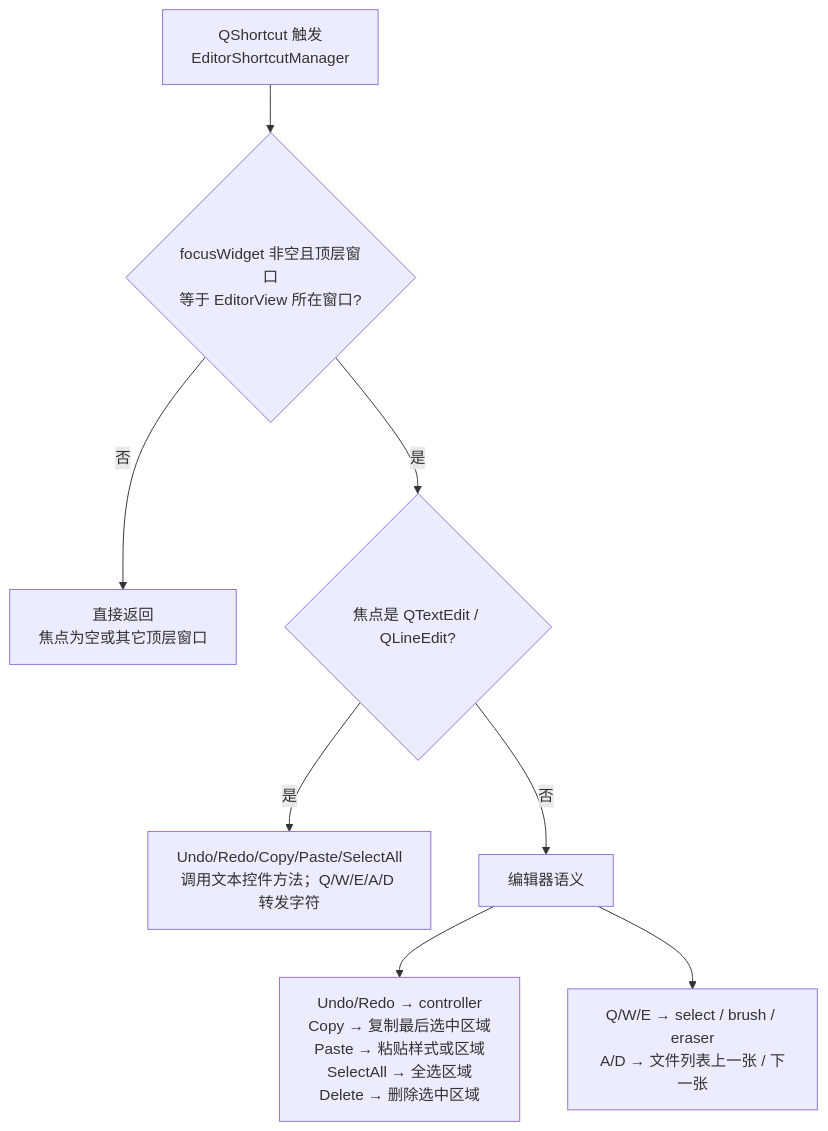
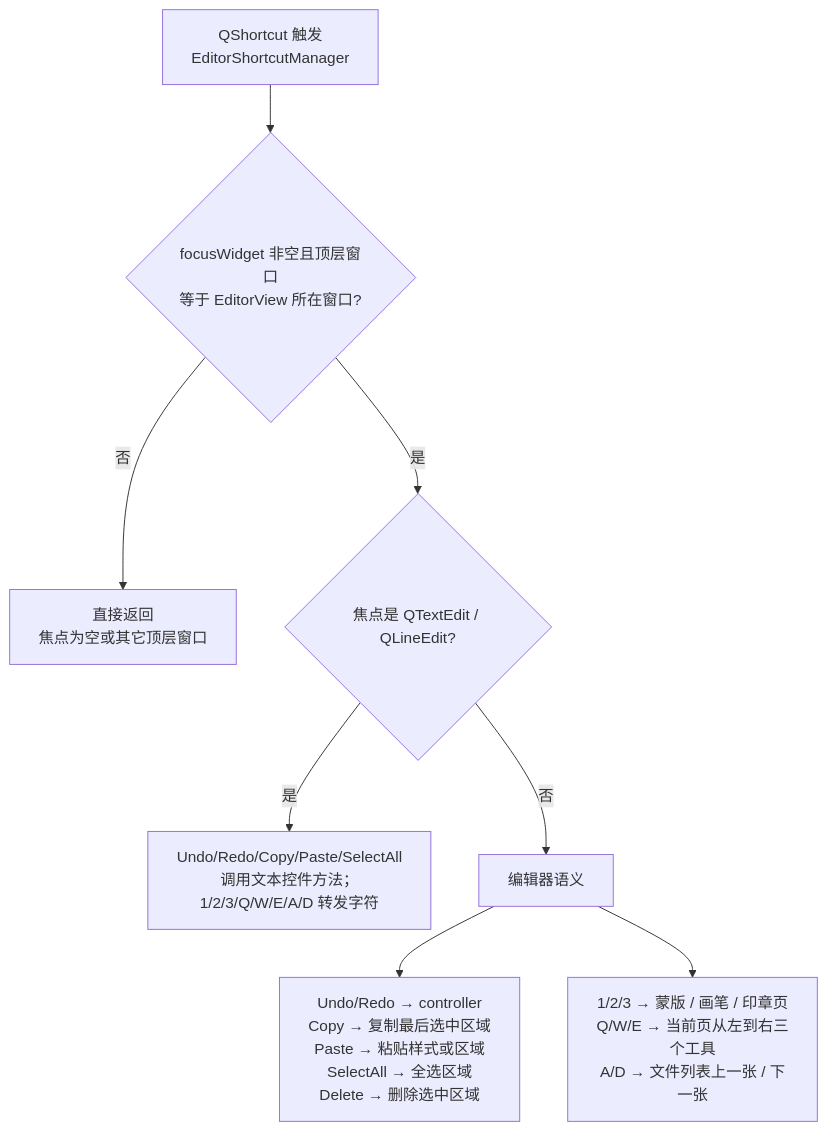
Before and after one commit to hgmzhn/manga-translator-ui: the first of 2 diagrams in doc/wiki/zh/desktop/editor/shortcuts.md, drawn with Mermaid. The commit also changed other lines of this file and 15 other files, not shown here.

````diff
--- a/doc/wiki/zh/desktop/editor/shortcuts.md
+++ b/doc/wiki/zh/desktop/editor/shortcuts.md
@@ -64,10 +67,10 @@
 ```mermaid
 flowchart TD
     A["QShortcut 触发<br/>EditorShortcutManager"] --> B{"focusWidget 非空且顶层窗口<br/>等于 EditorView 所在窗口?"}
     B -->|否| X["直接返回<br/>焦点为空或其它顶层窗口"]
     B -->|是| C{"焦点是 QTextEdit / QLineEdit?"}
-    C -->|是| D["Undo/Redo/Copy/Paste/SelectAll<br/>调用文本控件方法；Q/W/E/A/D 转发字符"]
+    C -->|是| D["Undo/Redo/Copy/Paste/SelectAll<br/>调用文本控件方法；1/2/3/Q/W/E/A/D 转发字符"]
     C -->|否| E["编辑器语义"]
     E --> E1["Undo/Redo → controller<br/>Copy → 复制最后选中区域<br/>Paste → 粘贴样式或区域<br/>SelectAll → 全选区域<br/>Delete → 删除选中区域"]
-    E --> E2["Q/W/E → select / brush / eraser<br/>A/D → 文件列表上一张 / 下一张"]
+    E --> E2["1/2/3 → 蒙版 / 画笔 / 印章页<br/>Q/W/E → 当前页从左到右三个工具<br/>A/D → 文件列表上一张 / 下一张"]
 ```
````
